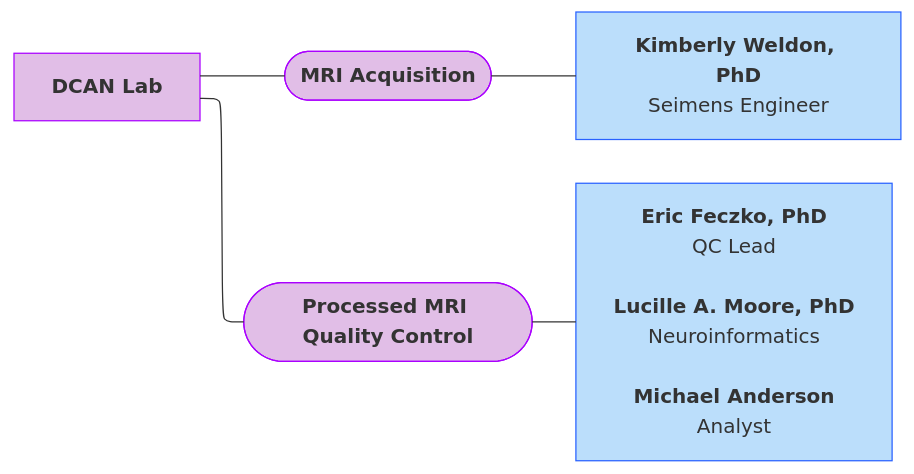
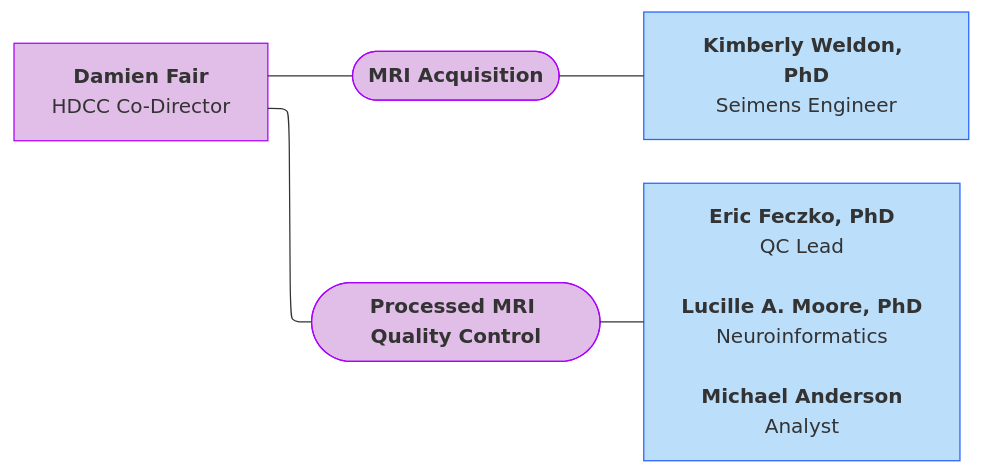
One commit to DCAN-Labs/hbcd-docs-internal changed the seventh of 10 diagrams in docs/orgcharts.md. Above: the diagram before and after it, drawn with Mermaid. The commit also changed other lines of this file, not shown here.

Commit message:
update dcan

````diff
--- a/docs/orgcharts.md
+++ b/docs/orgcharts.md
@@ -388,16 +388,16 @@
 ```mermaid
 ---
 config:
   layout: elk
 ---
 flowchart LR
-    DCAN["<b>DCAN Lab</b>"] --- n2(["<b>MRI Acquisition</b>"]) & n5(["<b>Processed MRI Quality Control</b>"])
+    DCAN["<b>Damien Fair</b><br>HDCC Co-Director"] --- n2(["<b>MRI Acquisition</b>"]) & n5(["<b>Processed MRI Quality Control</b>"])
     n2 --- n4["<b>Kimberly Weldon, PhD</b><br>Seimens Engineer"]
     n5 --- n6["<b>Eric Feczko, PhD</b><br>QC Lead<br><br><b>Lucille A. Moore, PhD</b><br>Neuroinformatics<br>
     <b>Michael Anderson</b><br>Analyst"]
     style DCAN fill:#E1BEE7,stroke:#AA00FF
     style n2 fill:#E1BEE7,stroke:#AA00FF
     style n5 fill:#E1BEE7,stroke:#AA00FF
     style n4 fill:#BBDEFB,stroke:#2962FF
     style n6 fill:#BBDEFB,stroke:#2962FF
 ```
````
